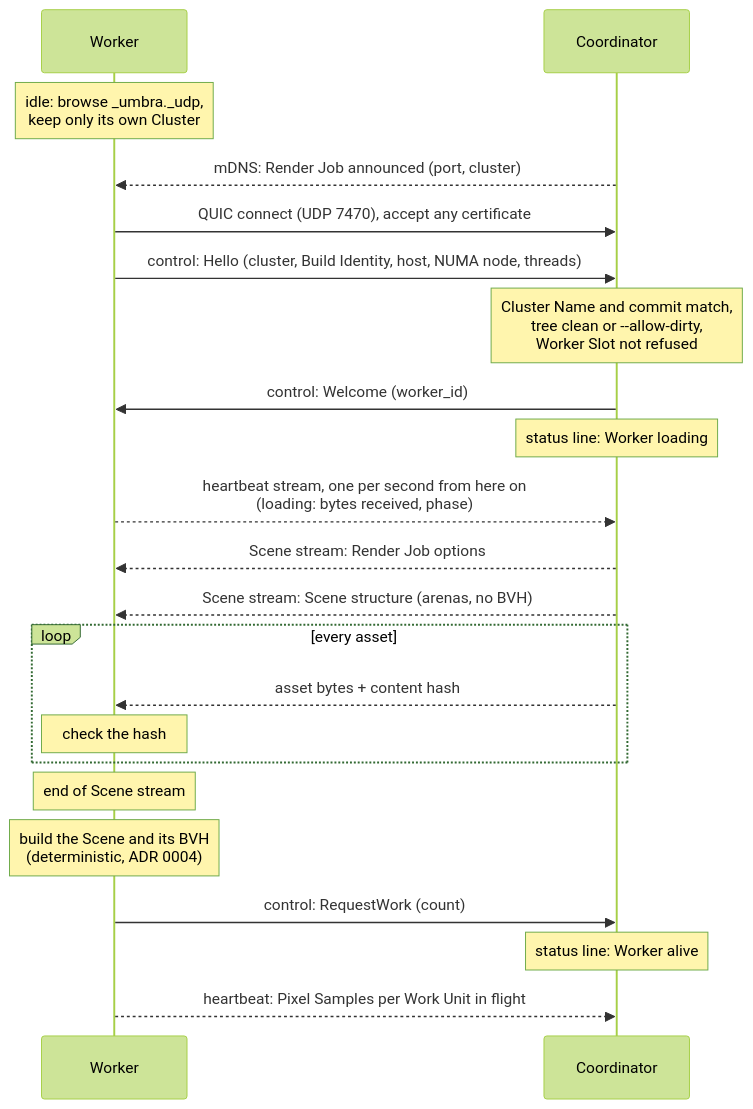
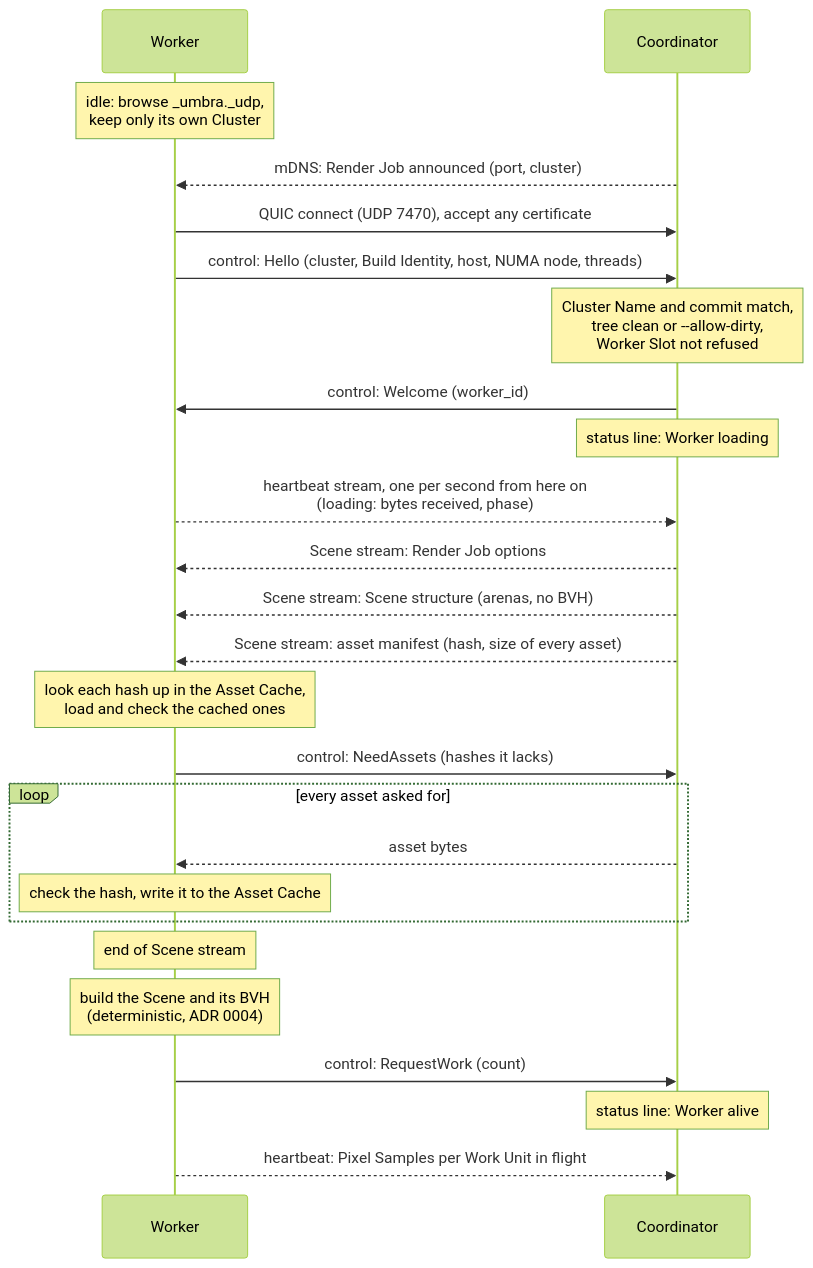
One commit to sergioffpc/umbra changed the first of 6 diagrams in docs/architecture/06-runtime-view.md. Above: the diagram before and after it, drawn with Mermaid (forest theme). The commit also changed other lines of this file and 8 other files, not shown here.

First line of the commit message:
docs(adr): cache assets on each worker host

````diff
--- a/docs/architecture/06-runtime-view.md
+++ b/docs/architecture/06-runtime-view.md
@@ -11,24 +11,27 @@
 ```mermaid
 sequenceDiagram
     participant W as Worker
     participant C as Coordinator
     Note over W: idle: browse _umbra._udp,<br/>keep only its own Cluster
     C-->>W: mDNS: Render Job announced (port, cluster)
     W->>C: QUIC connect (UDP 7470), accept any certificate
     W->>C: control: Hello (cluster, Build Identity, host, NUMA node, threads)
     Note over C: Cluster Name and commit match,<br/>tree clean or --allow-dirty,<br/>Worker Slot not refused
     C->>W: control: Welcome (worker_id)
     Note over C: status line: Worker loading
     W-->>C: heartbeat stream, one per second from here on<br/>(loading: bytes received, phase)
     C-->>W: Scene stream: Render Job options
     C-->>W: Scene stream: Scene structure (arenas, no BVH)
-    loop every asset
-        C-->>W: asset bytes + content hash
-        Note over W: check the hash
+    C-->>W: Scene stream: asset manifest (hash, size of every asset)
+    Note over W: look each hash up in the Asset Cache,<br/>load and check the cached ones
+    W->>C: control: NeedAssets (hashes it lacks)
+    loop every asset asked for
+        C-->>W: asset bytes
+        Note over W: check the hash, write it to the Asset Cache
     end
     Note over W: end of Scene stream
     Note over W: build the Scene and its BVH<br/>(deterministic, ADR 0004)
     W->>C: control: RequestWork (count)
     Note over C: status line: Worker alive
     W-->>C: heartbeat: Pixel Samples per Work Unit in flight
 ```
````
